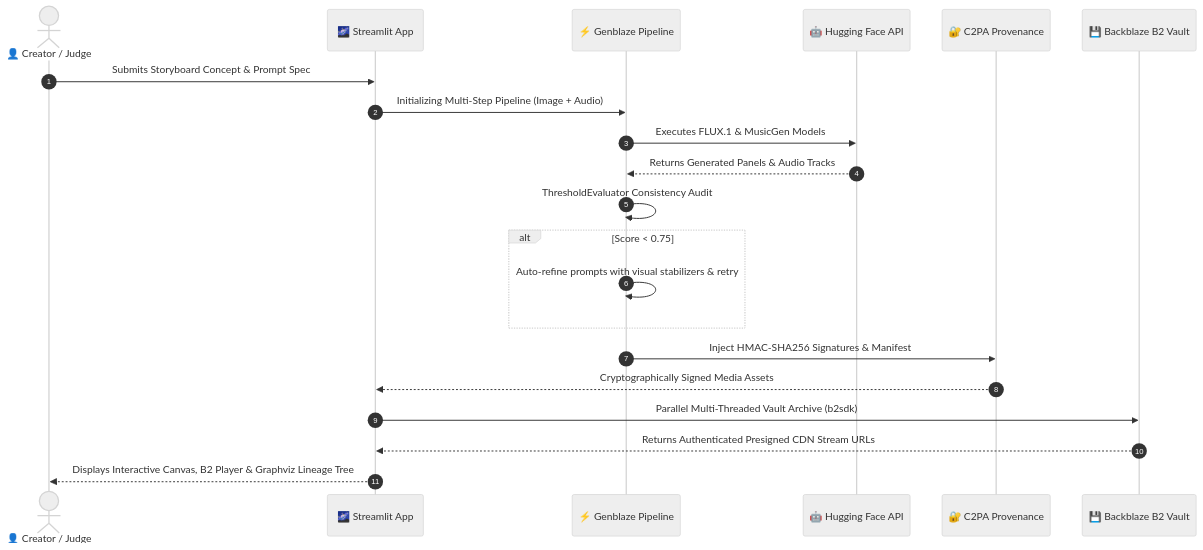
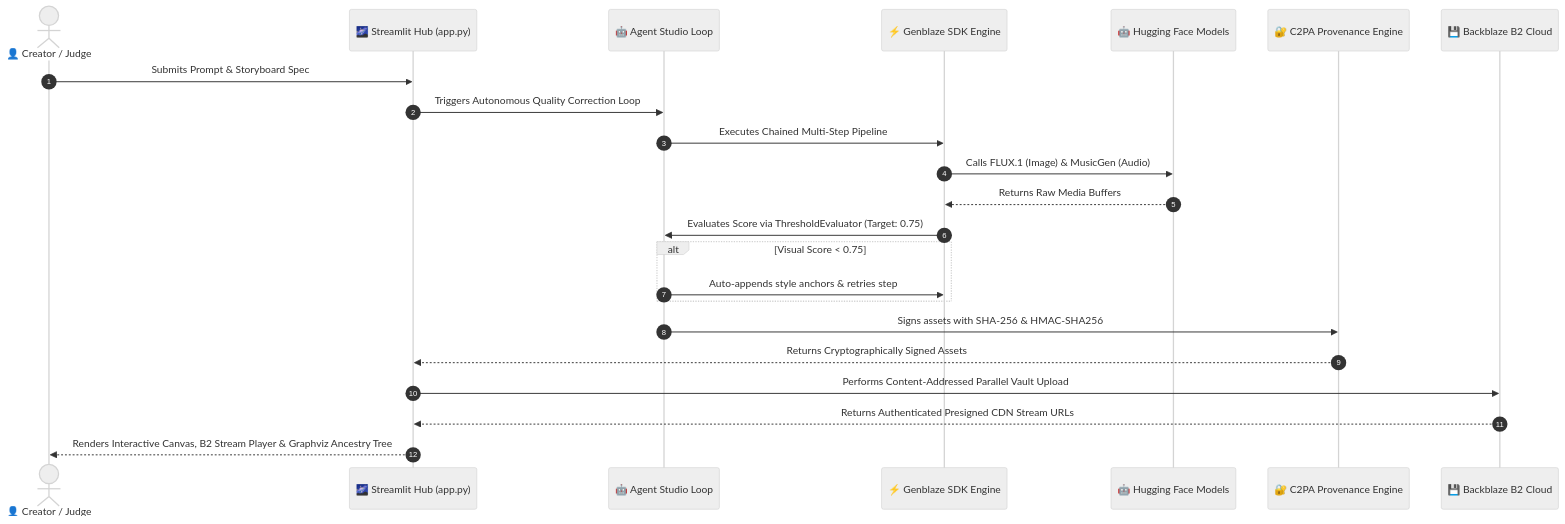
One commit to krishivjoshi219-collab/backblaze-genmedia-studio changed the second of 2 diagrams in README.md. Above: the diagram before and after it, drawn with Mermaid (neutral theme). The commit also changed other lines of this file and 1 other file, not shown here.

Commit message:
fix: restore export_b2_s3_migration_manifest in services/vault.py and expand README documentation with live Streamlit URL

````diff
--- a/README.md
+++ b/README.md
@@ -61,24 +180,26 @@
 ```mermaid
 sequenceDiagram
     autonumber
-    actor User as 👤 Creator / Judge
-    participant App as 🌌 Streamlit App
-    participant Genblaze as ⚡ Genblaze Pipeline
-    participant HF as 🤖 Hugging Face API
-    participant C2PA as 🔐 C2PA Provenance
-    participant B2 as 💾 Backblaze B2 Vault
+    actor Creator as 👤 Creator / Judge
+    participant UI as 🌌 Streamlit Hub (app.py)
+    participant Agent as 🤖 Agent Studio Loop
+    participant SDK as ⚡ Genblaze SDK Engine
+    participant HF as 🤖 Hugging Face Models
+    participant C2PA as 🔐 C2PA Provenance Engine
+    participant B2 as 💾 Backblaze B2 Cloud
 
-    User->>App: Submits Storyboard Concept & Prompt Spec
-    App->>Genblaze: Initializing Multi-Step Pipeline (Image + Audio)
-    Genblaze->>HF: Executes FLUX.1 & MusicGen Models
-    HF-->>Genblaze: Returns Generated Panels & Audio Tracks
-    Genblaze->>Genblaze: ThresholdEvaluator Consistency Audit
-    alt Score < 0.75
-        Genblaze->>Genblaze: Auto-refine prompts with visual stabilizers & retry
+    Creator->>UI: Submits Prompt & Storyboard Spec
+    UI->>Agent: Triggers Autonomous Quality Correction Loop
+    Agent->>SDK: Executes Chained Multi-Step Pipeline
+    SDK->>HF: Calls FLUX.1 (Image) & MusicGen (Audio)
+    HF-->>SDK: Returns Raw Media Buffers
+    SDK->>Agent: Evaluates Score via ThresholdEvaluator (Target: 0.75)
+    alt Visual Score < 0.75
+        Agent->>SDK: Auto-appends style anchors & retries step
     end
-    Genblaze->>C2PA: Inject HMAC-SHA256 Signatures & Manifest
-    C2PA-->>App: Cryptographically Signed Media Assets
-    App->>B2: Parallel Multi-Threaded Vault Archive (b2sdk)
-    B2-->>App: Returns Authenticated Presigned CDN Stream URLs
-    App-->>User: Displays Interactive Canvas, B2 Player & Graphviz Lineage Tree
+    Agent->>C2PA: Signs assets with SHA-256 & HMAC-SHA256
+    C2PA-->>UI: Returns Cryptographically Signed Assets
+    UI->>B2: Performs Content-Addressed Parallel Vault Upload
+    B2-->>UI: Returns Authenticated Presigned CDN Stream URLs
+    UI-->>Creator: Renders Interactive Canvas, B2 Stream Player & Graphviz Ancestry Tree
 ```
````
